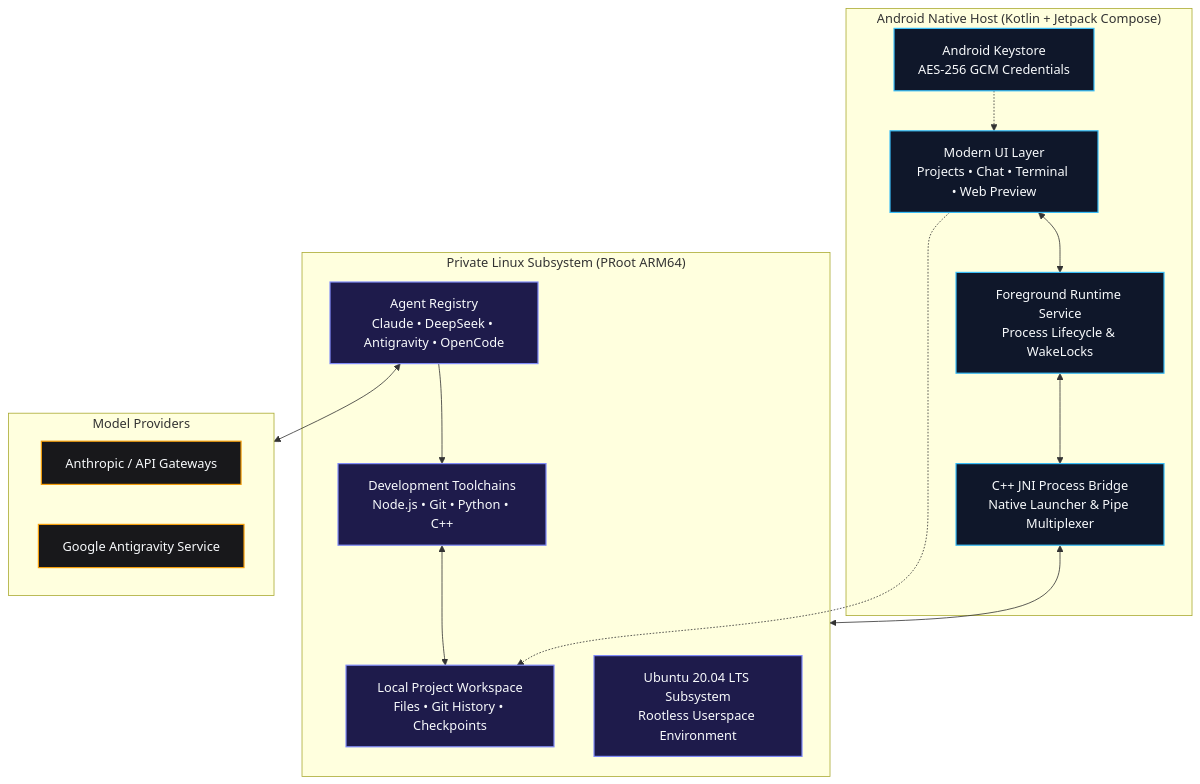
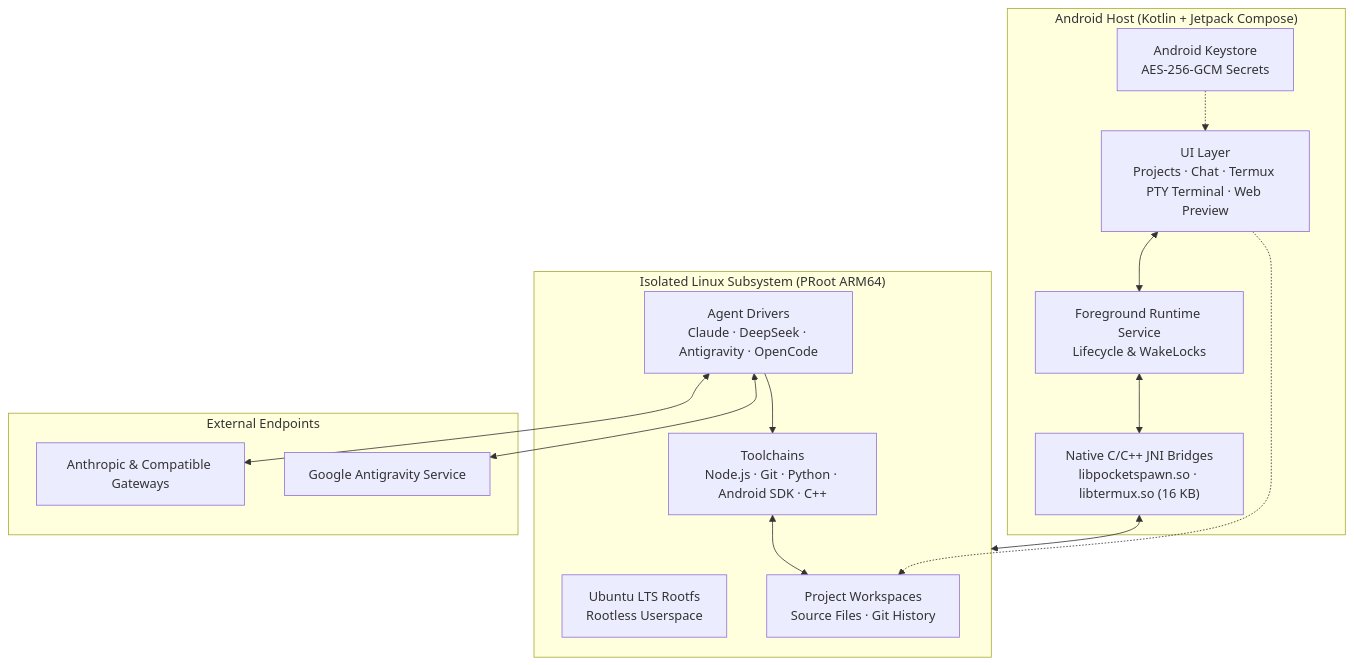
The diagram in README.md (miscdevstuff/Mobile-Harness), drawn with Mermaid before and after one commit. The commit also changed other lines of this file and 37 other files, not shown here.

````diff
--- a/README.md
+++ b/README.md
@@ -251,38 +152,31 @@
 ```mermaid
 flowchart TB
-    subgraph Host[" Android Native Host (Kotlin + Jetpack Compose) "]
-        UI["Modern UI Layer<br/>Projects • Chat • Terminal • Web Preview"]
-        Service["Foreground Runtime Service<br/>Process Lifecycle & WakeLocks"]
-        Keystore["Android Keystore<br/>AES-256 GCM Credentials"]
-        Bridge["C++ JNI Process Bridge<br/>Native Launcher & Pipe Multiplexer"]
+    subgraph Android["Android Host (Kotlin + Jetpack Compose)"]
+        UI["UI Layer<br/>Projects · Chat · Termux PTY Terminal · Web Preview"]
+        Service["Foreground Runtime Service<br/>Lifecycle & WakeLocks"]
+        Keystore["Android Keystore<br/>AES-256-GCM Secrets"]
+        JNI["Native C/C++ JNI Bridges<br/>libpocketspawn.so · libtermux.so (16 KB)"]
     end
 
-    subgraph Subsystem[" Private Linux Subsystem (PRoot ARM64) "]
-        Ubuntu["Ubuntu 20.04 LTS Subsystem<br/>Rootless Userspace Environment"]
-        Agent["Agent Registry<br/>Claude • DeepSeek • Antigravity • OpenCode"]
-        Tools["Development Toolchains<br/>Node.js • Git • Python • C++"]
-        Workspace["Local Project Workspace<br/>Files • Git History • Checkpoints"]
+    subgraph Linux["Isolated Linux Subsystem (PRoot ARM64)"]
+        Ubuntu["Ubuntu LTS Rootfs<br/>Rootless Userspace"]
+        Agents["Agent Drivers<br/>Claude · DeepSeek · Antigravity · OpenCode"]
+        Stacks["Toolchains<br/>Node.js · Git · Python · Android SDK · C++"]
+        Files["Project Workspaces<br/>Source Files · Git History"]
     end
 
-    subgraph Cloud[" Model Providers "]
-        Anthropic["Anthropic / API Gateways"]
-        Gateways["Google Antigravity Service"]
+    subgraph Cloud["External Endpoints"]
+        APIs["Anthropic & Compatible Gateways"]
+        Google["Google Antigravity Service"]
     end
 
     UI <--> Service
-    Service <--> Bridge
-    Bridge <--> Subsystem
+    Service <--> JNI
+    JNI <--> Linux
     Keystore -.-> UI
-    Agent <--> Cloud
-    Agent --> Tools
-    Tools <--> Workspace
-    UI -.-> Workspace
-
-    classDef hostStyle fill:#0f172a,stroke:#38bdf8,stroke-width:1.5px,color:#f8fafc;
-    classDef subStyle fill:#1e1b4b,stroke:#818cf8,stroke-width:1.5px,color:#f8fafc;
-    classDef cloudStyle fill:#18181b,stroke:#f59e0b,stroke-width:1.5px,color:#f8fafc;
-
-    class UI,Service,Keystore,Bridge hostStyle;
-    class Ubuntu,Agent,Tools,Workspace subStyle;
-    class Anthropic,Gateways cloudStyle;
+    Agents <--> APIs
+    Agents <--> Google
+    Agents --> Stacks
+    Stacks <--> Files
+    UI -.-> Files
 ```
````
